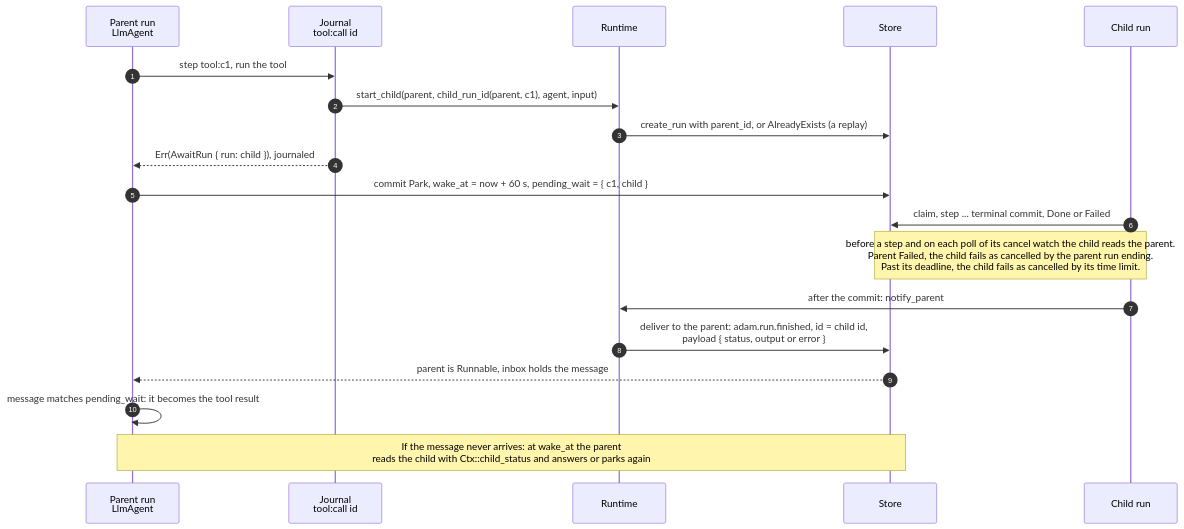
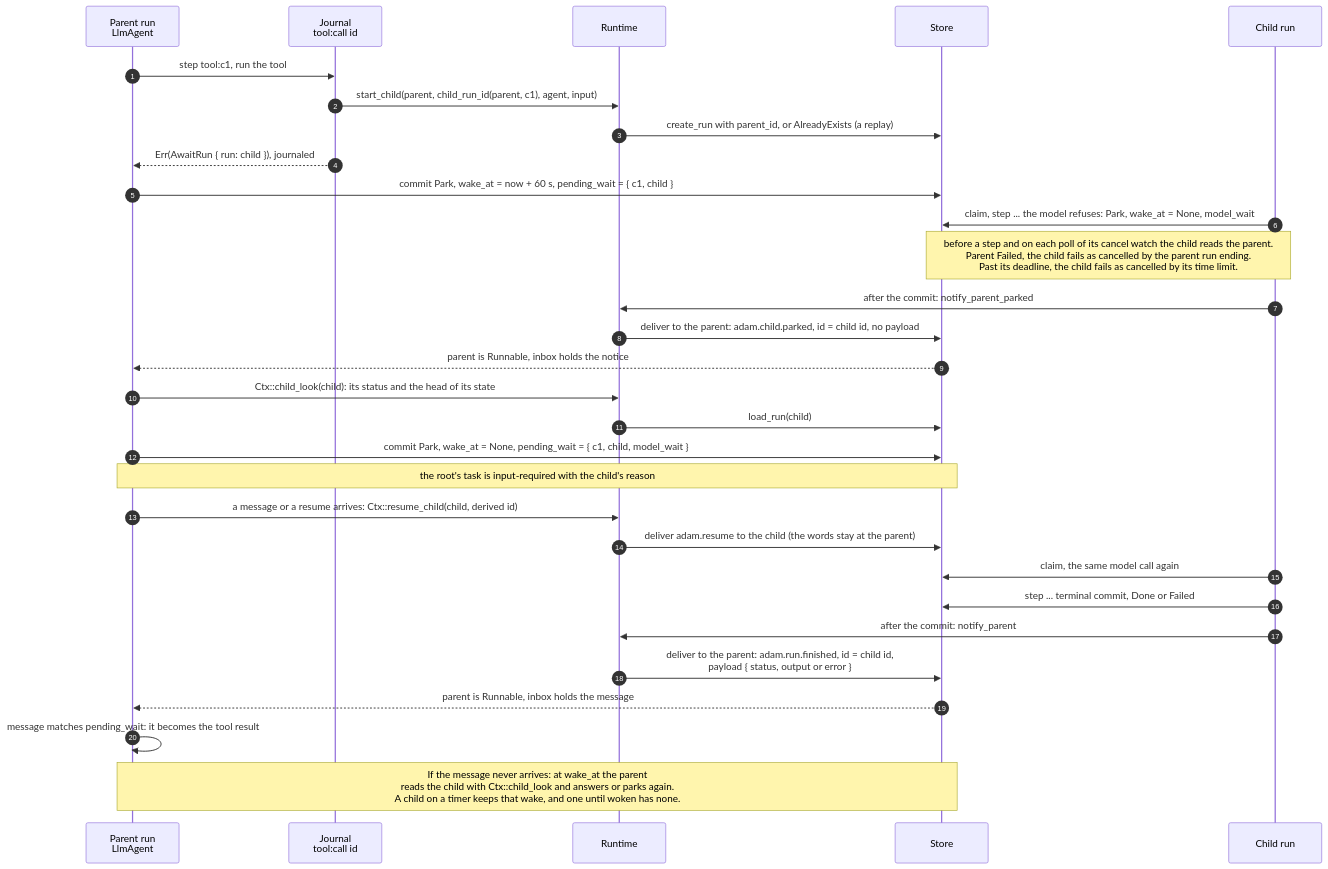
One commit to vymalo/another-adam-rs changed diagram 19 of 26 in docs/architecture.md. Above: the diagram before and after it, drawn with Mermaid. The commit also changed other lines of this file and 24 other files, not shown here.

First line of the commit message:
feat(adam-llm-agent): a parked subagent is shown through its parent and woken through it (ADR 0067 S8b-2b) (#320)

````diff
--- a/docs/architecture.md
+++ b/docs/architecture.md
@@ -1223,22 +1226,33 @@
 ```mermaid
 sequenceDiagram
     autonumber
     participant P as Parent run<br/>LlmAgent
     participant J as Journal<br/>tool:call id
     participant R as Runtime
     participant DB as Store
     participant C as Child run
 
     P->>J: step tool:c1, run the tool
     J->>R: start_child(parent, child_run_id(parent, c1), agent, input)
     R->>DB: create_run with parent_id, or AlreadyExists (a replay)
     J-->>P: Err(AwaitRun { run: child }), journaled
     P->>DB: commit Park, wake_at = now + 60 s, pending_wait = { c1, child }
-    C->>DB: claim, step ... terminal commit, Done or Failed
+    C->>DB: claim, step ... the model refuses: Park, wake_at = None, model_wait
     Note over C,DB: before a step and on each poll of its cancel watch the child reads the parent.<br/>Parent Failed, the child fails as cancelled by the parent run ending.<br/>Past its deadline, the child fails as cancelled by its time limit.
+    C->>R: after the commit: notify_parent_parked
+    R->>DB: deliver to the parent: adam.child.parked, id = child id, no payload
+    DB-->>P: parent is Runnable, inbox holds the notice
+    P->>R: Ctx::child_look(child): its status and the head of its state
+    R->>DB: load_run(child)
+    P->>DB: commit Park, wake_at = None, pending_wait = { c1, child, model_wait }
+    Note over P,DB: the root's task is input-required with the child's reason
+    P->>R: a message or a resume arrives: Ctx::resume_child(child, derived id)
+    R->>DB: deliver adam.resume to the child (the words stay at the parent)
+    C->>DB: claim, the same model call again
+    C->>DB: step ... terminal commit, Done or Failed
     C->>R: after the commit: notify_parent
     R->>DB: deliver to the parent: adam.run.finished, id = child id,<br/>payload { status, output or error }
     DB-->>P: parent is Runnable, inbox holds the message
     P->>P: message matches pending_wait: it becomes the tool result
-    Note over P,DB: If the message never arrives: at wake_at the parent<br/>reads the child with Ctx::child_status and answers or parks again
+    Note over P,DB: If the message never arrives: at wake_at the parent<br/>reads the child with Ctx::child_look and answers or parks again.<br/>A child on a timer keeps that wake, and one until woken has none.
 ```
````
